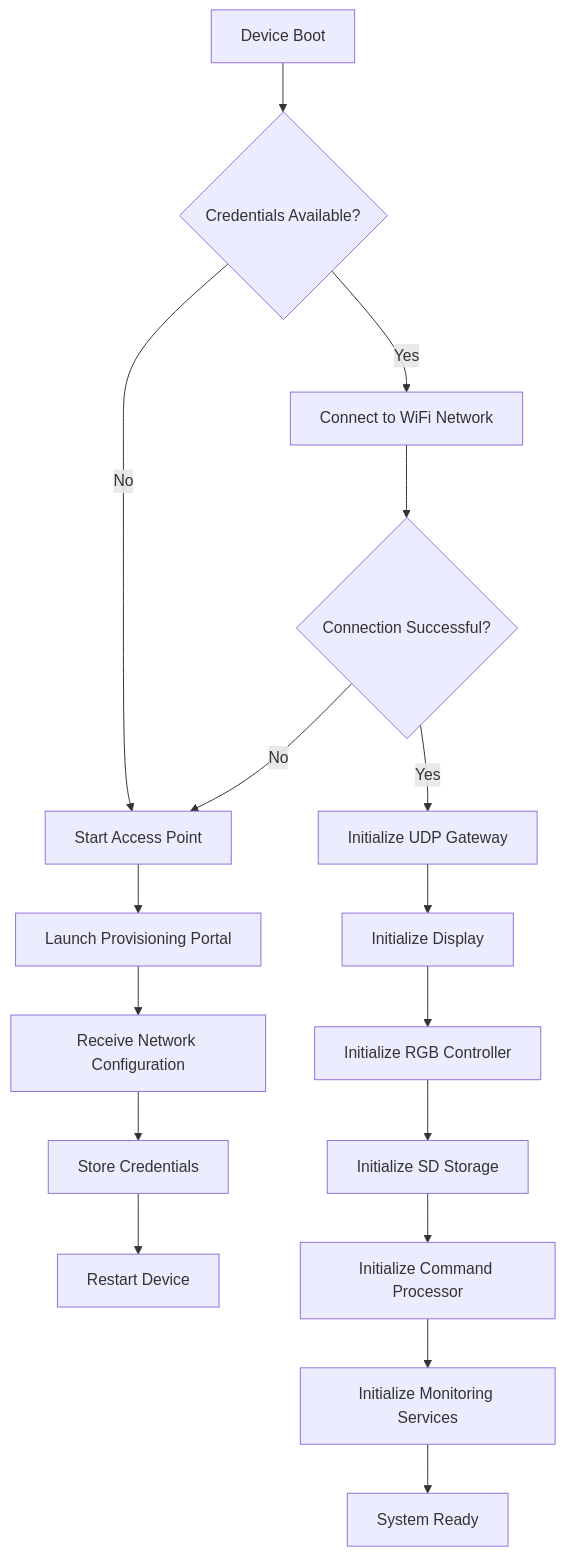
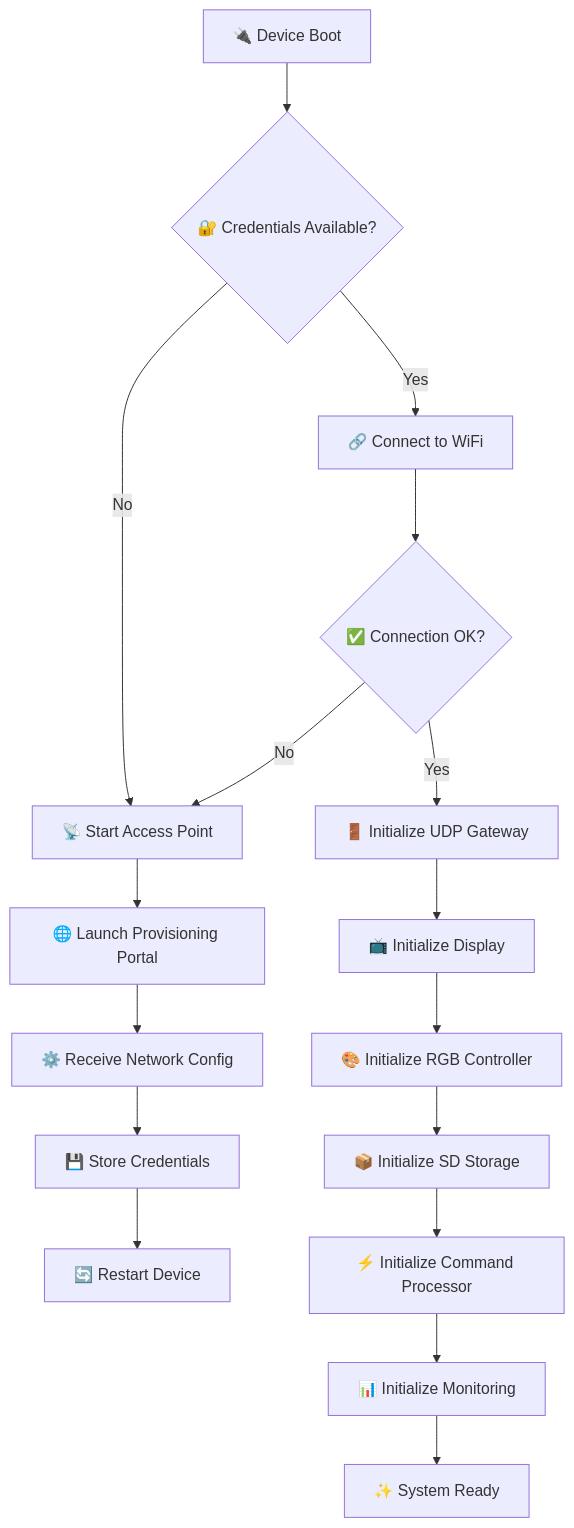
One commit to paulocfmarques-collab/esp32_wifi changed the second of 5 diagrams in README.md. Above: the diagram before and after it, drawn with Mermaid. The commit also changed other lines of this file, not shown here.

````diff
--- a/README.md
+++ b/README.md
@@ -84,22 +150,22 @@
 ```mermaid
 flowchart TD
-    A[Device Boot] --> B{Credentials Available?}
+    A["🔌 Device Boot"] --> B{🔐 Credentials Available?}
 
-    B -- No --> C[Start Access Point]
-    C --> D[Launch Provisioning Portal]
-    D --> E[Receive Network Configuration]
-    E --> F[Store Credentials]
-    F --> G[Restart Device]
+    B -->|No| C["📡 Start Access Point"]
+    C --> D["🌐 Launch Provisioning Portal"]
+    D --> E["⚙️ Receive Network Config"]
+    E --> F["💾 Store Credentials"]
+    F --> G["🔄 Restart Device"]
 
-    B -- Yes --> H[Connect to WiFi Network]
-    H --> I{Connection Successful?}
-
-    I -- No --> C
-    I -- Yes --> J[Initialize UDP Gateway]
-    J --> K[Initialize Display]
-    K --> L[Initialize RGB Controller]
-    L --> M[Initialize SD Storage]
-    M --> N[Initialize Command Processor]
-    N --> O[Initialize Monitoring Services]
-    O --> P[System Ready]
+    B -->|Yes| H["🔗 Connect to WiFi"]
+    H --> I{✅ Connection OK?}
+    
+    I -->|No| C
+    I -->|Yes| J["🚪 Initialize UDP Gateway"]
+    J --> K["📺 Initialize Display"]
+    K --> L["🎨 Initialize RGB Controller"]
+    L --> M["📦 Initialize SD Storage"]
+    M --> N["⚡ Initialize Command Processor"]
+    N --> O["📊 Initialize Monitoring"]
+    O --> P["✨ System Ready"]
 ```
````
